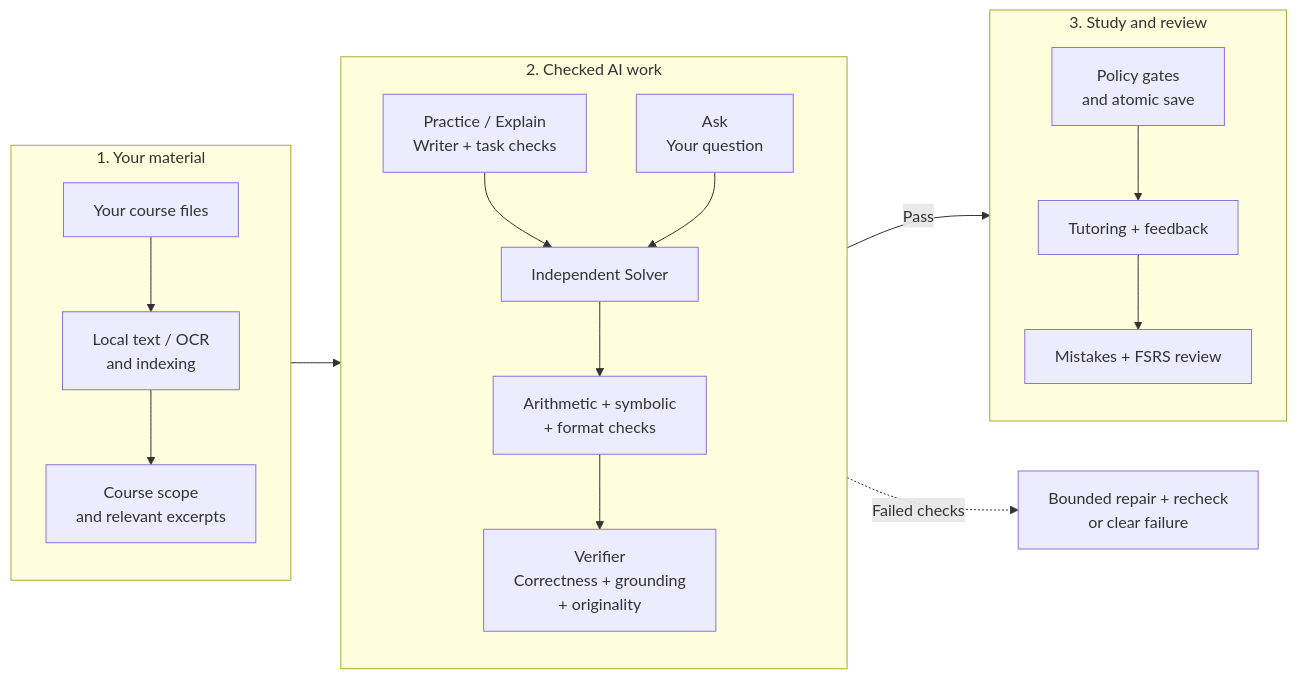
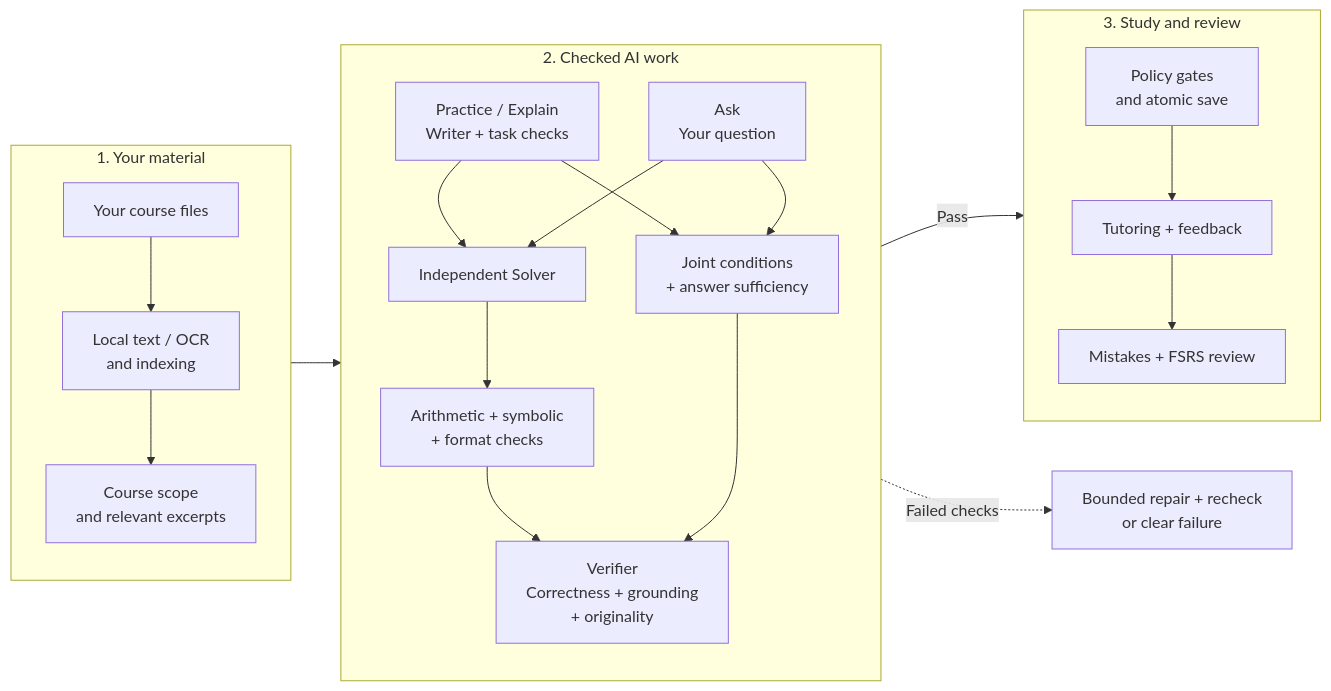
Before and after one commit to LeymansGuz/Study-Desk: the diagram in README.md, drawn with Mermaid. The commit also changed other lines of this file and 11 other files, not shown here.

````diff
--- a/README.md
+++ b/README.md
@@ -89,23 +89,26 @@
 ```mermaid
 flowchart LR
     subgraph LOCAL["1. Your material"]
         direction TB
         Files["Your course files"] --> Index["Local text / OCR<br/>and indexing"]
         Index --> Evidence["Course scope<br/>and relevant excerpts"]
     end
     subgraph AI["2. Checked AI work"]
         direction TB
         Writer["Practice / Explain<br/>Writer + task checks"] --> Solver["Independent Solver"]
+        Writer --> Setup["Joint conditions<br/>+ answer sufficiency"]
         Ask["Ask<br/>Your question"] --> Solver
+        Ask --> Setup
         Solver --> Maths["Arithmetic + symbolic<br/>+ format checks"]
         Maths --> Verifier["Verifier<br/>Correctness + grounding<br/>+ originality"]
+        Setup --> Verifier
     end
     subgraph STUDY["3. Study and review"]
         direction TB
         Save["Policy gates<br/>and atomic save"] --> Tutor["Tutoring + feedback"]
         Tutor --> Review["Mistakes + FSRS review"]
     end
     LOCAL --> AI
     AI -- Pass --> STUDY
     AI -. Failed checks .-> Failure["Bounded repair + recheck<br/>or clear failure"]
 ```
````
